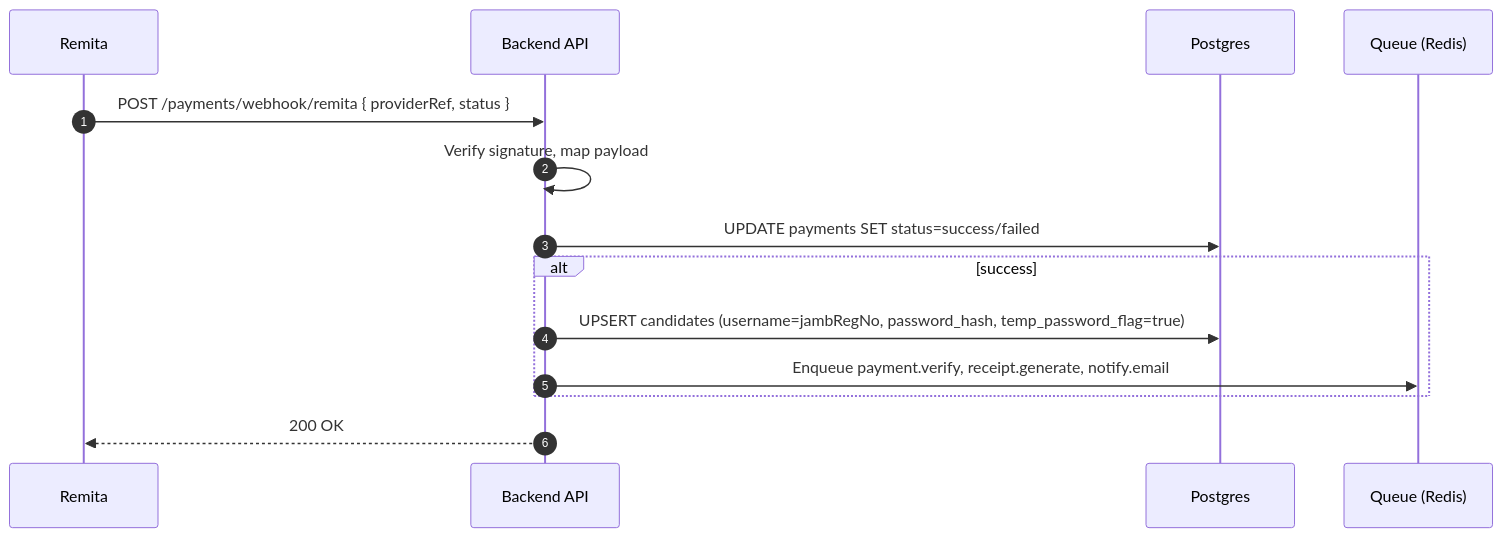
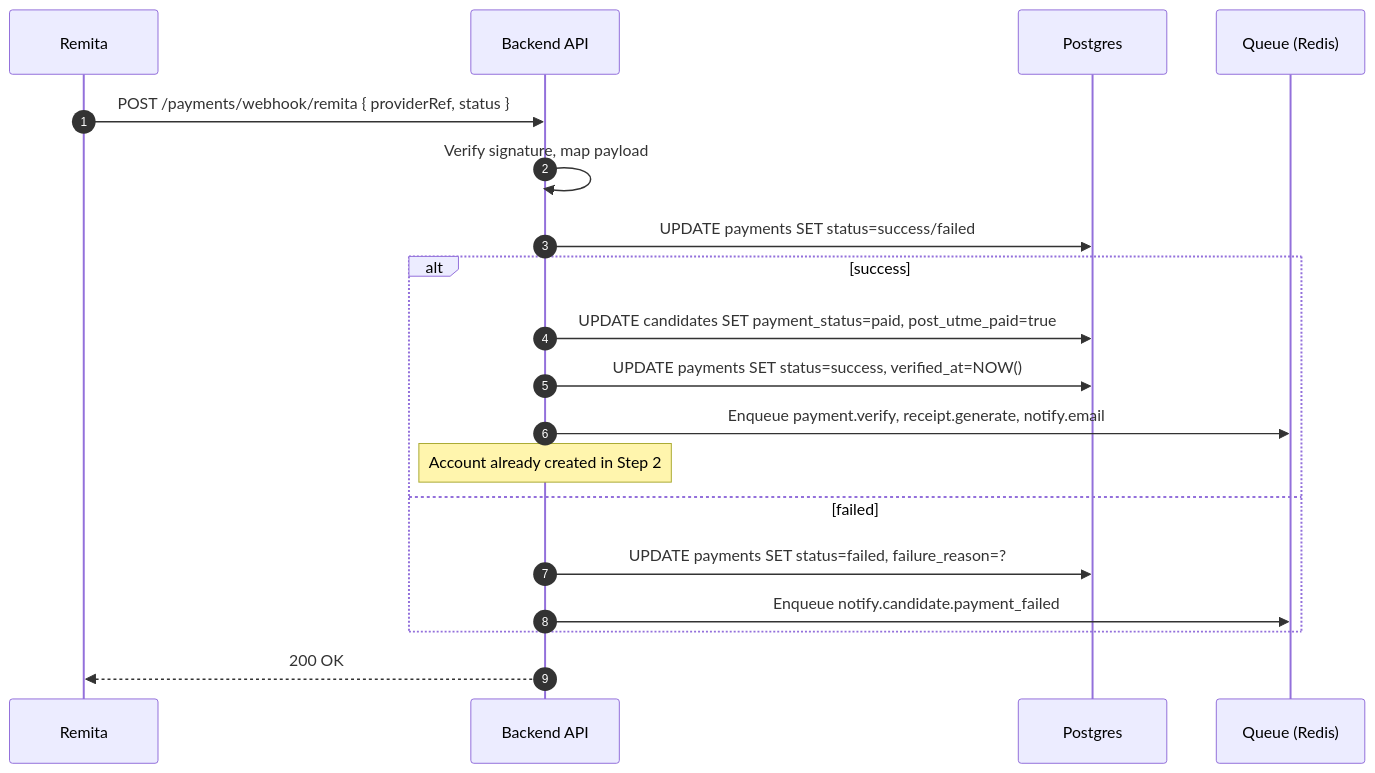
Before and after one commit to sbikelly/fuep_api: the third of 25 diagrams in docs/sequence-diagrams.md, drawn with Mermaid. The commit also changed other lines of this file and 3 other files, not shown here.

First line of the commit message:
Documentation Updates: Align Candidate Registration Flow with PROPOSAL.md

````diff
--- a/docs/sequence-diagrams.md
+++ b/docs/sequence-diagrams.md
@@ -54,17 +69,22 @@
 ```mermaid
 sequenceDiagram
   autonumber
   participant REM as Remita
   participant API as Backend API
   participant DB as Postgres
   participant Q as Queue (Redis)
 
   REM->>API: POST /payments/webhook/remita { providerRef, status }
   API->>API: Verify signature, map payload
   API->>DB: UPDATE payments SET status=success/failed
   alt success
-    API->>DB: UPSERT candidates (username=jambRegNo, password_hash, temp_password_flag=true)
+    API->>DB: UPDATE candidates SET payment_status=paid, post_utme_paid=true
+    API->>DB: UPDATE payments SET status=success, verified_at=NOW()
     API->>Q: Enqueue payment.verify, receipt.generate, notify.email
+    Note over API: Account already created in Step 2
+  else failed
+    API->>DB: UPDATE payments SET status=failed, failure_reason=?
+    API->>Q: Enqueue notify.candidate.payment_failed
   end
   API-->>REM: 200 OK
 ```
````
